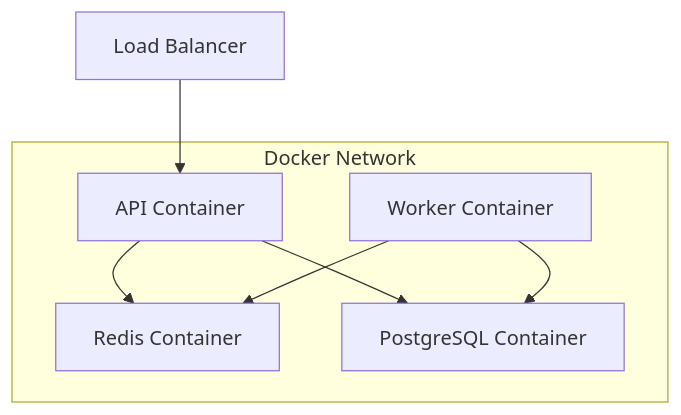
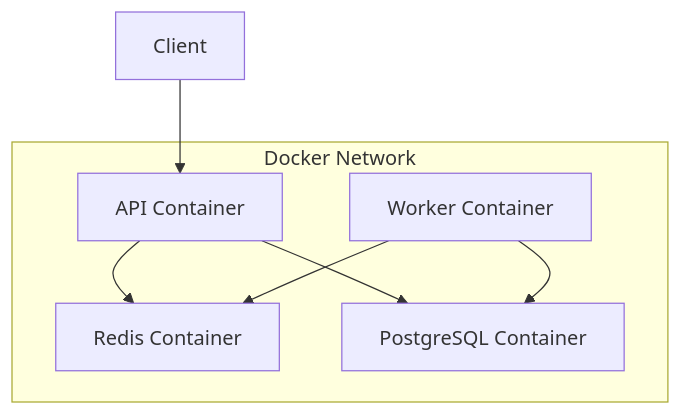
Before and after one commit to Nishi-BS23/zenstore-ai: the sixth of 8 diagrams in README.md, drawn with Mermaid. The commit also changed other lines of this file, not shown here.

````diff
--- a/README.md
+++ b/README.md
@@ -552,15 +550,15 @@
 ```mermaid
 graph TB
     subgraph "Docker Network"
         API[API Container]
         Worker[Worker Container]
         Redis[Redis Container]
         DB[PostgreSQL Container]
     end
     
-    LB[Load Balancer] --> API
+    Client --> API
     API --> Redis
     API --> DB
     Worker --> Redis
     Worker --> DB
 ```
````
